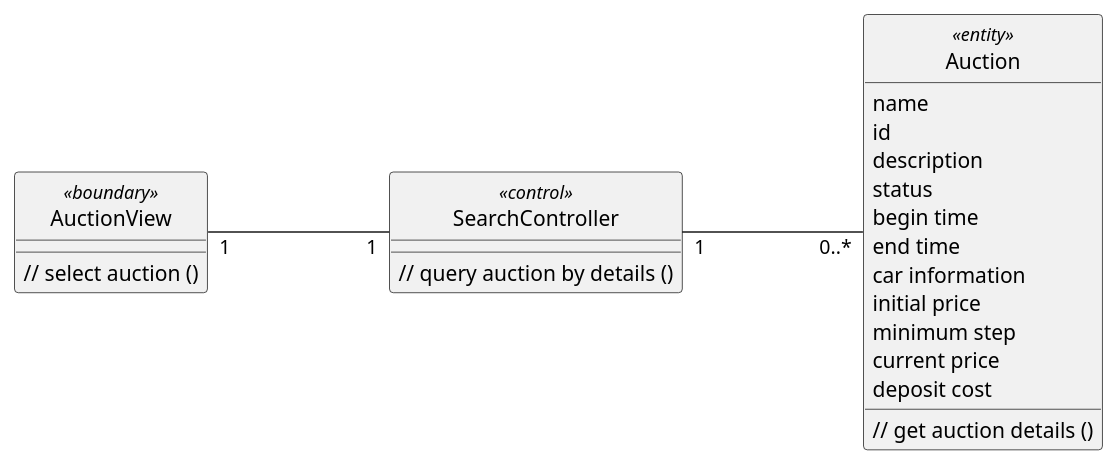
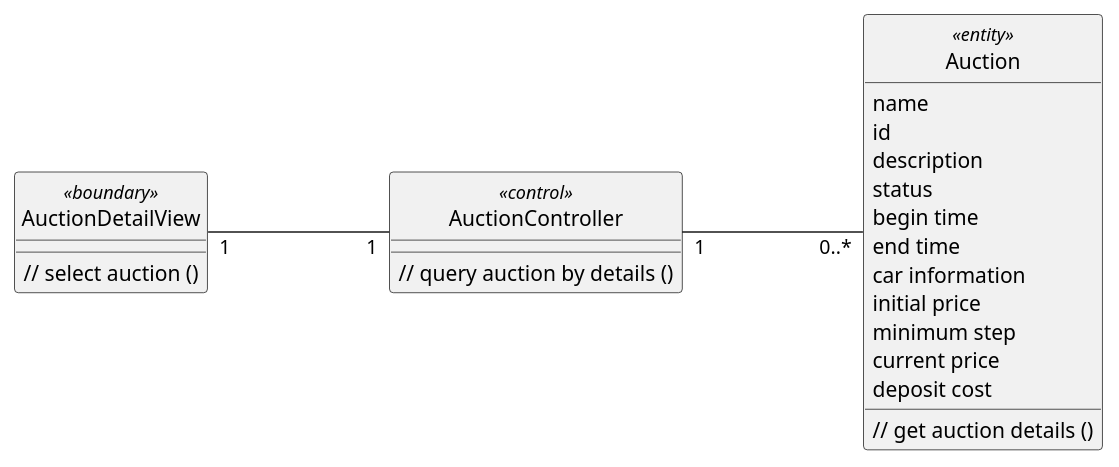
Before and after one commit to anhbanlinhle/velocity-exchange: the diagram in uml/analysis/class/view_auction_information.pu, drawn with PlantUML. The commit also changed 1 other file, not shown here.

```diff
--- a/uml/analysis/class/view_auction_information.pu
+++ b/uml/analysis/class/view_auction_information.pu
@@ -1,41 +1,41 @@
 @startuml 
 left to right direction
 skinparam classAttributeIconSize 0
 skinparam linetype ortho
 hide circle
-class AuctionView <<boundary>> {
+class AuctionDetailView <<boundary>> {
 
     // select auction ()
 
     }
 
-class SearchController <<control>> {
+class AuctionController <<control>> {
     
     // query auction by details ()
 
     }
 
 class Auction <<entity>> {
     name
     id
     description
     status
     begin time
     end time
     car information
     initial price
     minimum step
     current price
     deposit cost
 
     // get auction details ()
 
     }
 
 
-AuctionView "1" --- "1" SearchController
+AuctionDetailView "1" --- "1" AuctionController
 
-SearchController "1" --- "0..*" Auction
+AuctionController "1" --- "0..*" Auction
 
 
 @enduml
```
